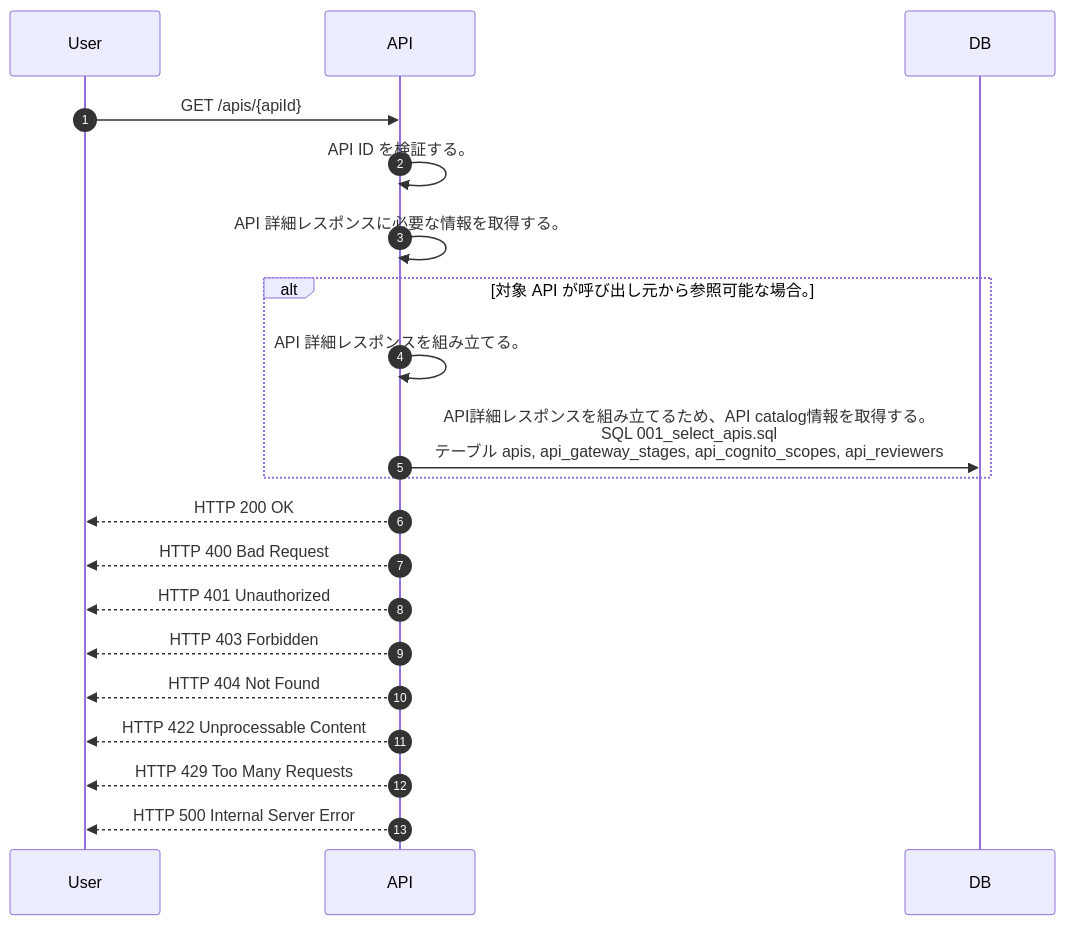
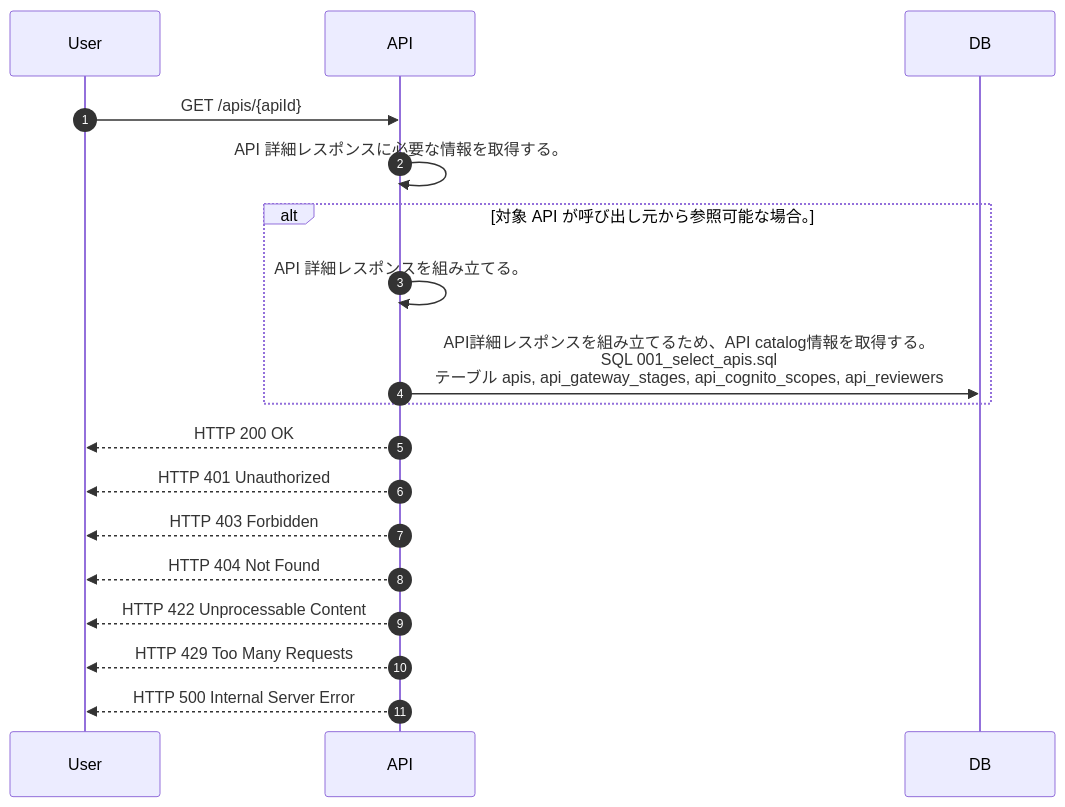
One commit to tsuji-tomonori/lazunex changed the diagram in docs/spec/40.apis/apis/get_api/sequence_gen.md. Above: the diagram before and after it, drawn with Mermaid. The commit also changed 39 other files, not shown here.

````diff
--- a/docs/spec/40.apis/apis/get_api/sequence_gen.md
+++ b/docs/spec/40.apis/apis/get_api/sequence_gen.md
@@ -5,22 +5,20 @@
 ```mermaid
 sequenceDiagram
   autonumber
   participant User as User
   participant API as API
   participant DB as DB
   User->>API: GET /apis/{apiId}
-  API->>API: API ID を検証する。
   API->>API: API 詳細レスポンスに必要な情報を取得する。
   alt 対象 API が呼び出し元から参照可能な場合。
     API->>API: API 詳細レスポンスを組み立てる。
     API->>DB: API詳細レスポンスを組み立てるため、API catalog情報を取得する。<br/>SQL 001_select_apis.sql<br/>テーブル apis, api_gateway_stages, api_cognito_scopes, api_reviewers
   end
   API-->>User: HTTP 200 OK
-  API-->>User: HTTP 400 Bad Request
   API-->>User: HTTP 401 Unauthorized
   API-->>User: HTTP 403 Forbidden
   API-->>User: HTTP 404 Not Found
   API-->>User: HTTP 422 Unprocessable Content
   API-->>User: HTTP 429 Too Many Requests
   API-->>User: HTTP 500 Internal Server Error
 ```
````
